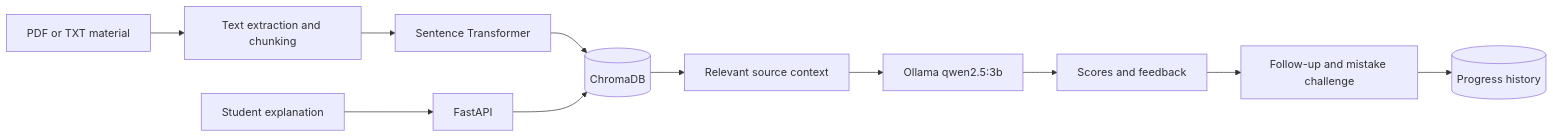
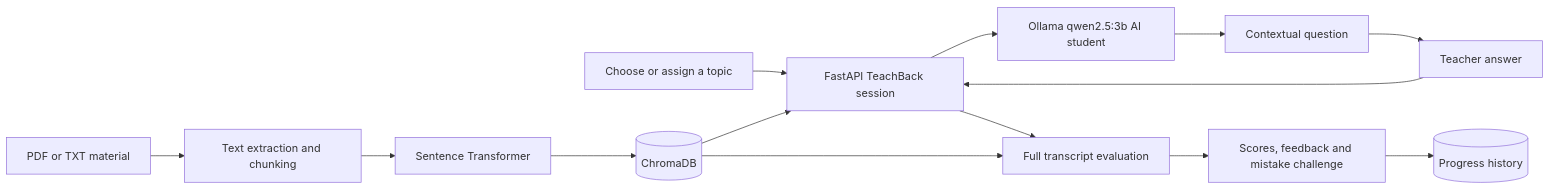
Before and after one commit to MrTr4p/RAG_ITI: the diagram in README.md, drawn with Mermaid. The commit also changed other lines of this file and 13 other files, not shown here.

Commit message:
Add interactive TeachBack dialogue

````diff
--- a/README.md
+++ b/README.md
@@ -20,13 +20,16 @@
 ```mermaid
 flowchart LR
     A[PDF or TXT material] --> B[Text extraction and chunking]
     B --> C[Sentence Transformer]
     C --> D[(ChromaDB)]
-    E[Student explanation] --> F[FastAPI]
-    F --> D
-    D --> G[Relevant source context]
-    G --> H[Ollama qwen2.5:3b]
-    H --> I[Scores and feedback]
-    I --> J[Follow-up and mistake challenge]
-    J --> K[(Progress history)]
+    E[Choose or assign a topic] --> F[FastAPI TeachBack session]
+    D --> F
+    F --> G[Ollama qwen2.5:3b AI student]
+    G --> H[Contextual question]
+    H --> I[Teacher answer]
+    I --> F
+    F --> J[Full transcript evaluation]
+    D --> J
+    J --> K[Scores, feedback and mistake challenge]
+    K --> L[(Progress history)]
 ```
````
